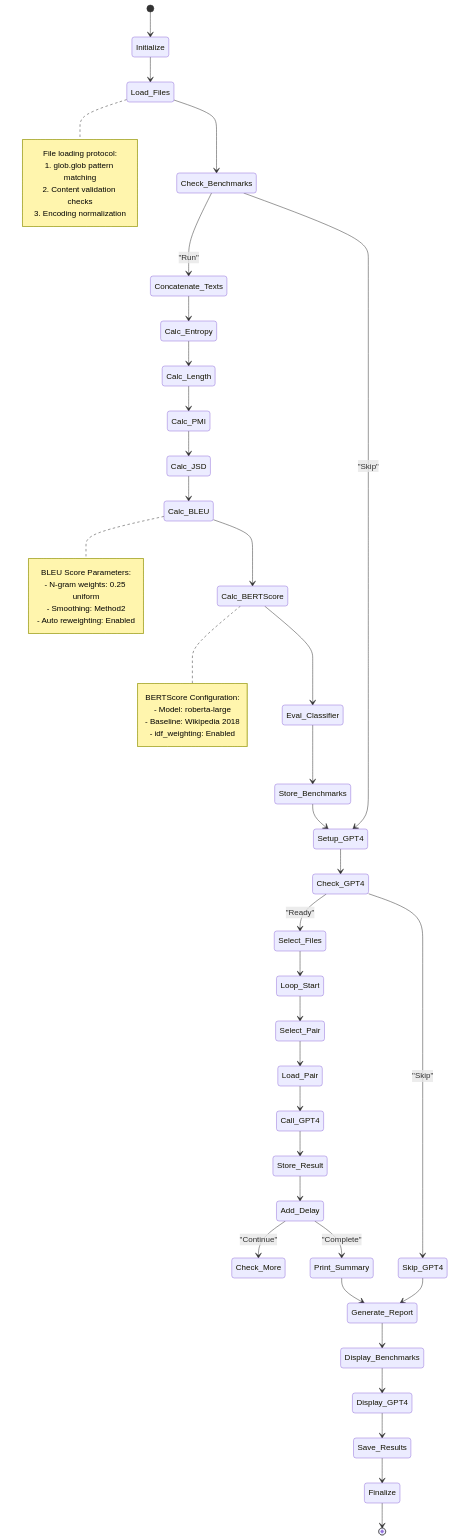
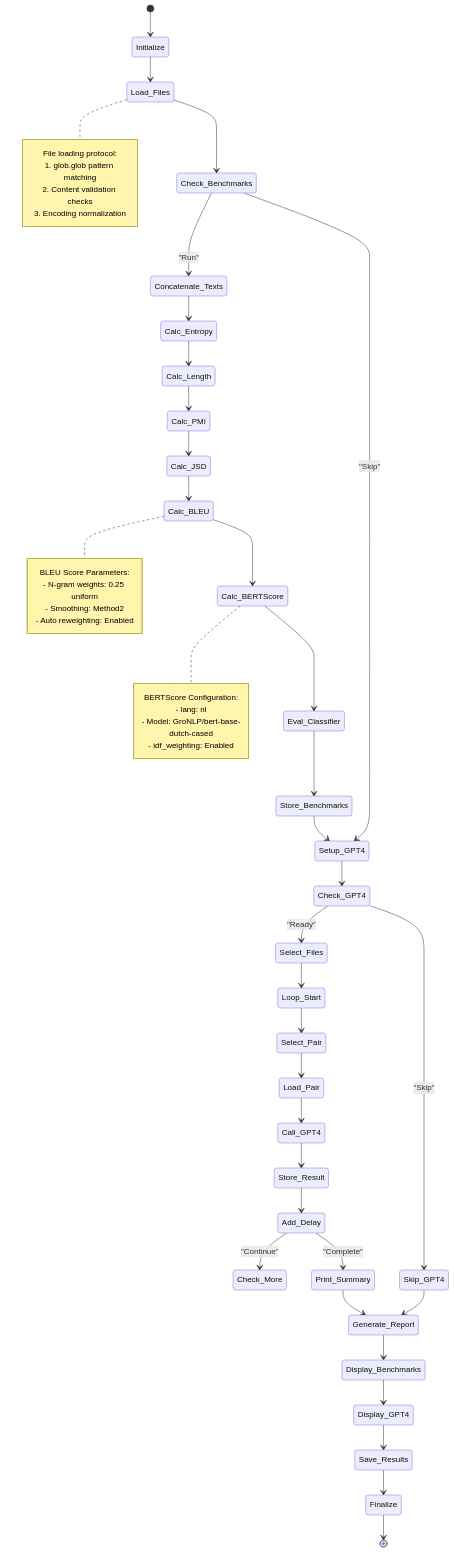
The fourth of 5 diagrams in PROJECTS/Generative_Agent_based_Data-Synthesis/Readme.md (HR-DataLab-Healthcare/RESEARCH_SUPPORT), drawn with Mermaid before and after one commit. The commit also changed other lines of this file, not shown here.

````diff
--- a/PROJECTS/Generative_Agent_based_Data-Synthesis/Readme.md
+++ b/PROJECTS/Generative_Agent_based_Data-Synthesis/Readme.md
@@ -485,62 +485,62 @@
 ```mermaid
 
 stateDiagram-v2
     [*] --> Initialize
     Initialize --> Load_Files
     note right of Load_Files
         File loading protocol:
         1. glob.glob pattern matching
         2. Content validation checks
         3. Encoding normalization
     end note
     
     Load_Files --> Check_Benchmarks
     Check_Benchmarks --> Concatenate_Texts : "Run"
     Check_Benchmarks --> Setup_GPT4 : "Skip"
     
     Concatenate_Texts --> Calc_Entropy
     Calc_Entropy --> Calc_Length
     Calc_Length --> Calc_PMI
     Calc_PMI --> Calc_JSD
     Calc_JSD --> Calc_BLEU
     note right of Calc_BLEU
         BLEU Score Parameters:
         - N-gram weights: 0.25 uniform
         - Smoothing: Method2
         - Auto reweighting: Enabled
     end note
     
     Calc_BLEU --> Calc_BERTScore
     note right of Calc_BERTScore
         BERTScore Configuration:
-        - Model: roberta-large
-        - Baseline: Wikipedia 2018
+        - lang: nl
+        - Model: GroNLP/bert-base-dutch-cased
         - idf_weighting: Enabled
     end note
     
     Calc_BERTScore --> Eval_Classifier
     Eval_Classifier --> Store_Benchmarks
     Store_Benchmarks --> Setup_GPT4
     
     Setup_GPT4 --> Check_GPT4
     Check_GPT4 --> Select_Files : "Ready"
     Check_GPT4 --> Skip_GPT4 : "Skip"
     
     Select_Files --> Loop_Start
     Loop_Start --> Select_Pair
     Select_Pair --> Load_Pair
     Load_Pair --> Call_GPT4
     Call_GPT4 --> Store_Result
     Store_Result --> Add_Delay
     Add_Delay --> Check_More : "Continue"
     Add_Delay --> Print_Summary : "Complete"
     
     Print_Summary --> Generate_Report
     Skip_GPT4 --> Generate_Report
     
     Generate_Report --> Display_Benchmarks
     Display_Benchmarks --> Display_GPT4
     Display_GPT4 --> Save_Results
     Save_Results --> Finalize
     Finalize --> [*]
 ```
````
